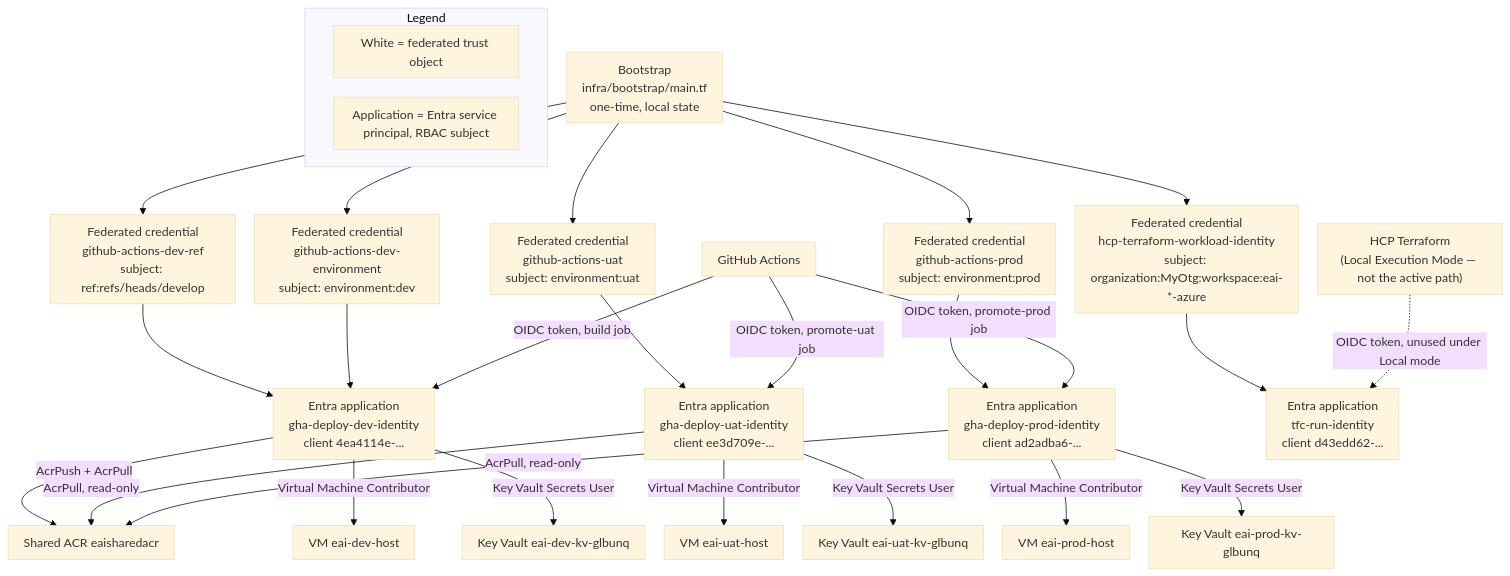
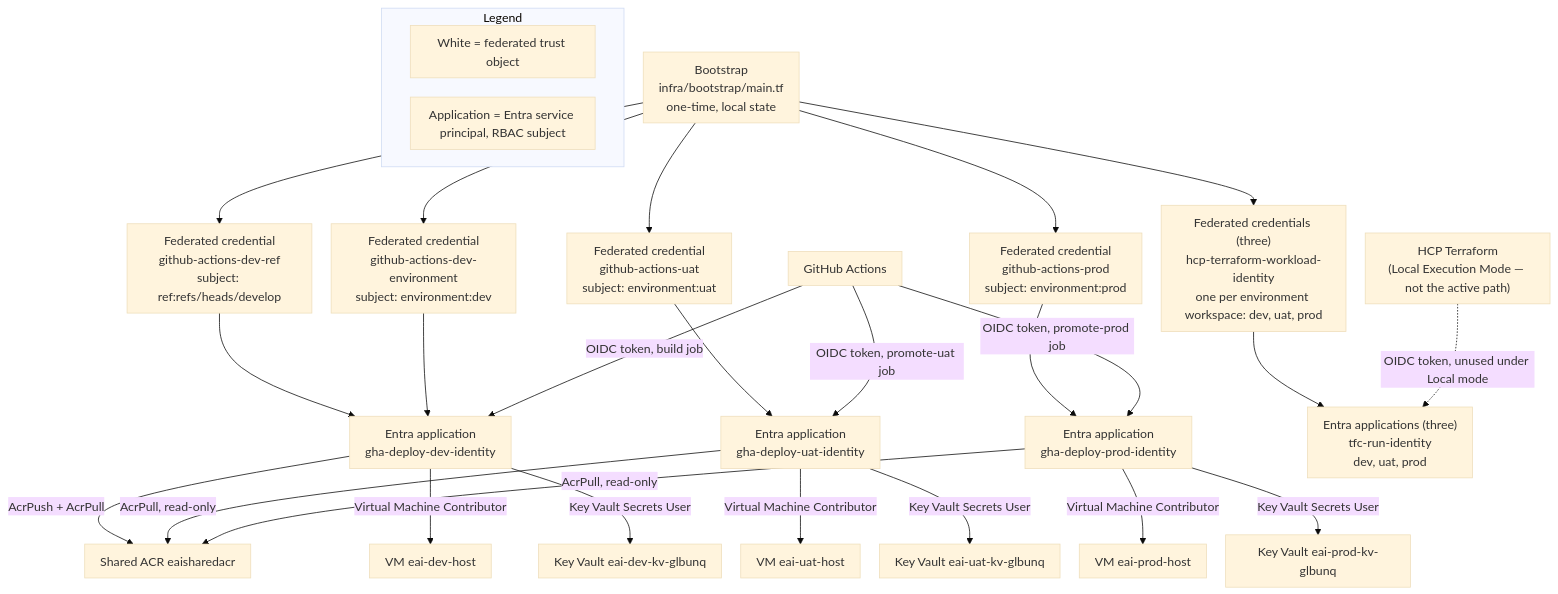
One commit to nikmar0808/enterprise-integration-azure changed the third of 4 diagrams in docs/INFRA_VIEW_AZURE.md. Above: the diagram before and after it, drawn with Mermaid. The commit also changed other lines of this file and 12 other files, not shown here.

````diff
--- a/docs/INFRA_VIEW_AZURE.md
+++ b/docs/INFRA_VIEW_AZURE.md
@@ -133,63 +133,63 @@
 ```mermaid
 %%{init: {"theme":"base","themeVariables":{"fontFamily":"Arial","fontSize":"16px"},"flowchart":{"nodeSpacing":25,"rankSpacing":50,"padding":10}}}%%
 flowchart TB
     BOOT["Bootstrap\ninfra/bootstrap/main.tf\none-time, local state"]
 
     GHFEDref["Federated credential\ngithub-actions-dev-ref\nsubject: ref:refs/heads/develop"]
     GHFEDenv["Federated credential\ngithub-actions-dev-environment\nsubject: environment:dev"]
-    GHAdev["Entra application\ngha-deploy-dev-identity\nclient 4ea4114e-..."]
+    GHAdev["Entra application\ngha-deploy-dev-identity"]
 
     GHFEDuat["Federated credential\ngithub-actions-uat\nsubject: environment:uat"]
-    GHAuat["Entra application\ngha-deploy-uat-identity\nclient ee3d709e-..."]
+    GHAuat["Entra application\ngha-deploy-uat-identity"]
 
     GHFEDprod["Federated credential\ngithub-actions-prod\nsubject: environment:prod"]
-    GHAprod["Entra application\ngha-deploy-prod-identity\nclient ad2adba6-..."]
+    GHAprod["Entra application\ngha-deploy-prod-identity"]
 
-    TFCFED["Federated credential\nhcp-terraform-workload-identity\nsubject: organization:MyOtg:workspace:eai-*-azure"]
-    TFCID["Entra application\ntfc-run-identity\nclient d43edd62-..."]
+    TFCFED["Federated credentials (three)\nhcp-terraform-workload-identity\none per environment workspace: dev, uat, prod"]
+    TFCID["Entra applications (three)\ntfc-run-identity\ndev, uat, prod"]
 
     GHA["GitHub Actions"]
     TFC["HCP Terraform\n(Local Execution Mode — not the active path)"]
 
     ACR["Shared ACR eaisharedacr"]
     VMd["VM eai-dev-host"]
     VMu["VM eai-uat-host"]
     VMp["VM eai-prod-host"]
     KVd["Key Vault eai-dev-kv-glbunq"]
     KVu["Key Vault eai-uat-kv-glbunq"]
     KVp["Key Vault eai-prod-kv-glbunq"]
 
     BOOT --> GHFEDref
     BOOT --> GHFEDenv
     BOOT --> GHFEDuat
     BOOT --> GHFEDprod
     BOOT --> TFCFED
 
     GHFEDref --> GHAdev
     GHFEDenv --> GHAdev
     GHFEDuat --> GHAuat
     GHFEDprod --> GHAprod
     TFCFED --> TFCID
 
     GHA -->|OIDC token, build job| GHAdev
     GHA -->|OIDC token, promote-uat job| GHAuat
     GHA -->|OIDC token, promote-prod job| GHAprod
     TFC -.OIDC token, unused under Local mode.-> TFCID
 
     GHAdev -->|AcrPush + AcrPull| ACR
     GHAdev -->|Virtual Machine Contributor| VMd
     GHAdev -->|Key Vault Secrets User| KVd
 
     GHAuat -->|AcrPull, read-only| ACR
     GHAuat -->|Virtual Machine Contributor| VMu
     GHAuat -->|Key Vault Secrets User| KVu
 
     GHAprod -->|AcrPull, read-only| ACR
     GHAprod -->|Virtual Machine Contributor| VMp
     GHAprod -->|Key Vault Secrets User| KVp
 
     subgraph LEGEND[Legend]
         L1["White = federated trust object"]
         L2["Application = Entra service principal, RBAC subject"]
     end
 ```
````
